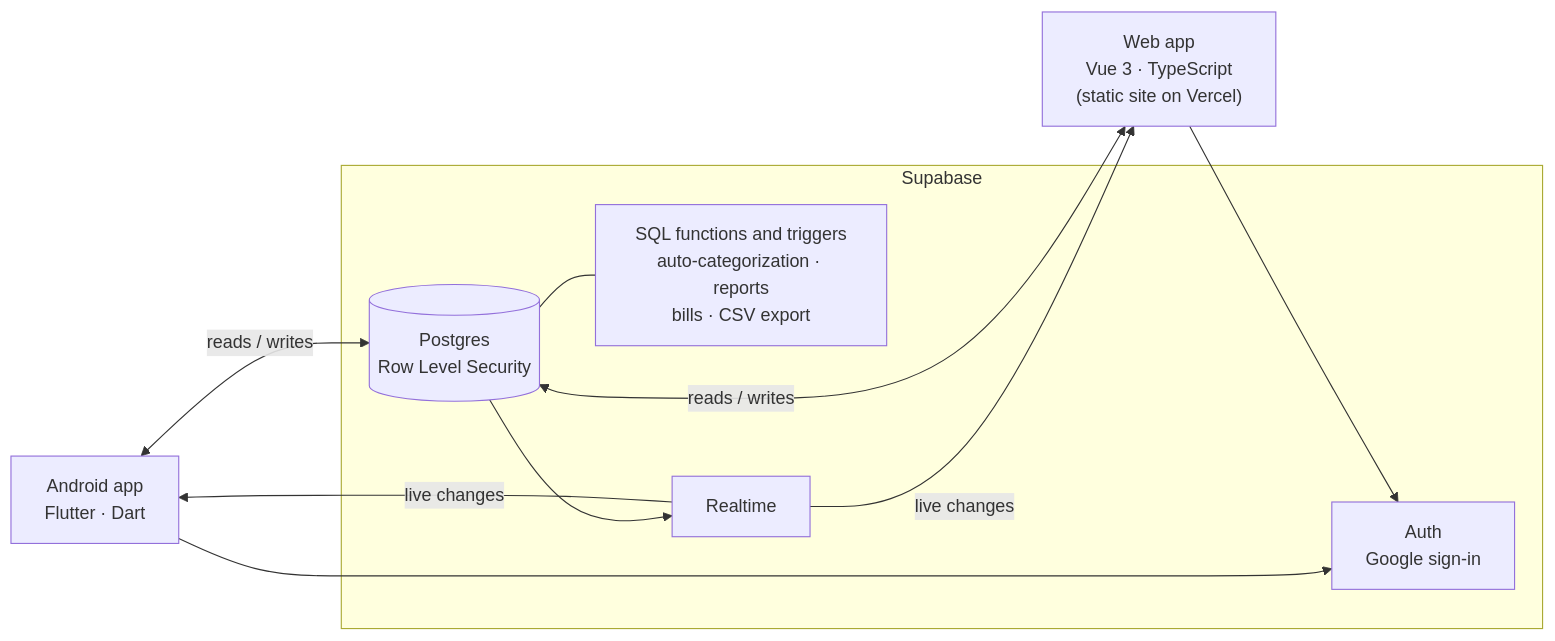
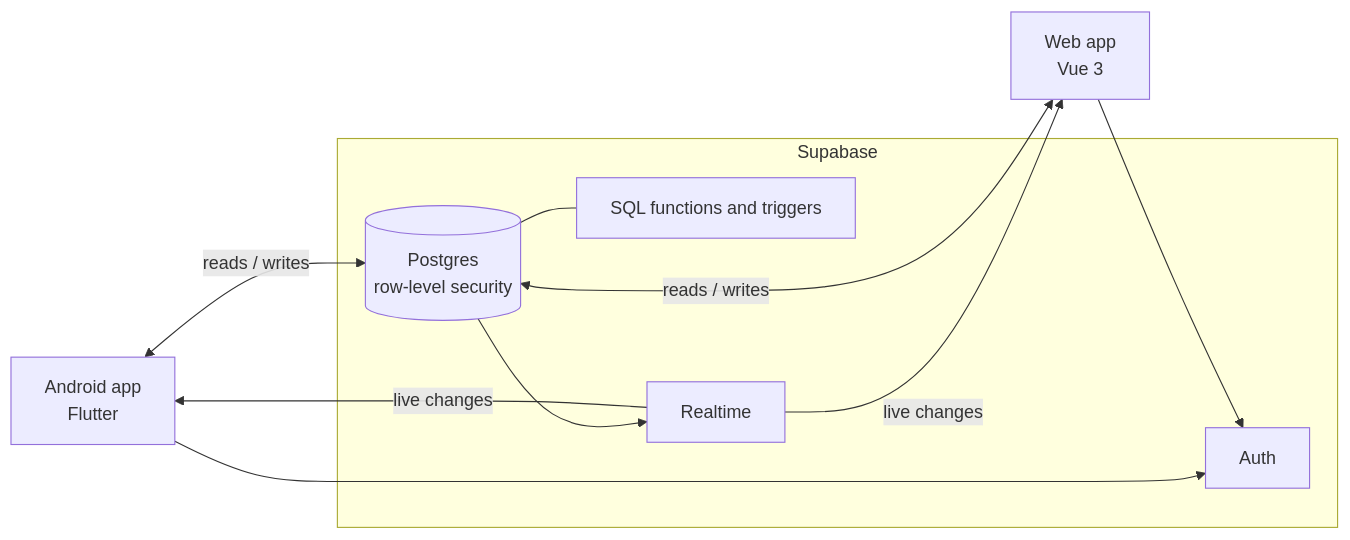
One commit to rishi-ventrapragada/Ventrafin changed the diagram in README.md. Above: the diagram before and after it, drawn with Mermaid. The commit also changed other lines of this file, not shown here.

````diff
--- a/README.md
+++ b/README.md
@@ -22,21 +16,21 @@
 ```mermaid
 flowchart LR
-    phone["Android app<br/>Flutter · Dart"]
-    web["Web app<br/>Vue 3 · TypeScript<br/>(static site on Vercel)"]
+    phone["Android app<br/>Flutter"]
+    web["Web app<br/>Vue 3"]
 
     subgraph supabase["Supabase"]
-        auth["Auth<br/>Google sign-in"]
-        db[("Postgres<br/>Row Level Security")]
-        logic["SQL functions and triggers<br/>auto-categorization · reports<br/>bills · CSV export"]
+        auth["Auth"]
+        db[("Postgres<br/>row-level security")]
+        logic["SQL functions and triggers"]
         rt["Realtime"]
         db --- logic
         db --> rt
     end
 
     phone <-->|"reads / writes"| db
     web <-->|"reads / writes"| db
     phone --> auth
     web --> auth
     rt -->|"live changes"| phone
     rt -->|"live changes"| web
 ```
````
